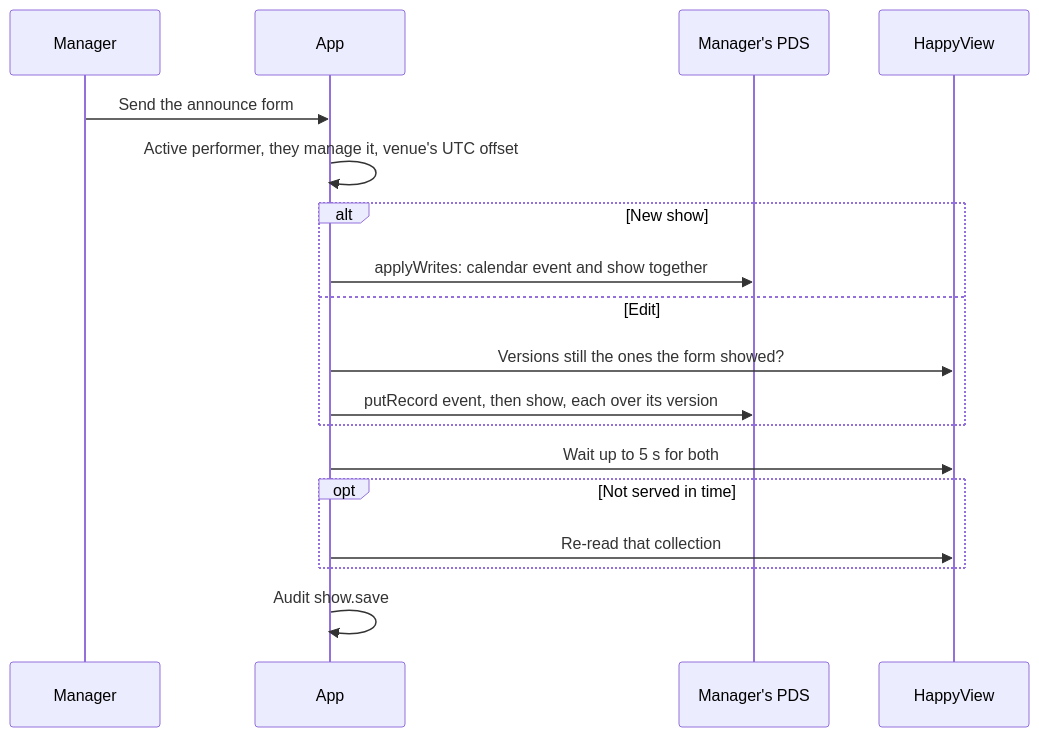
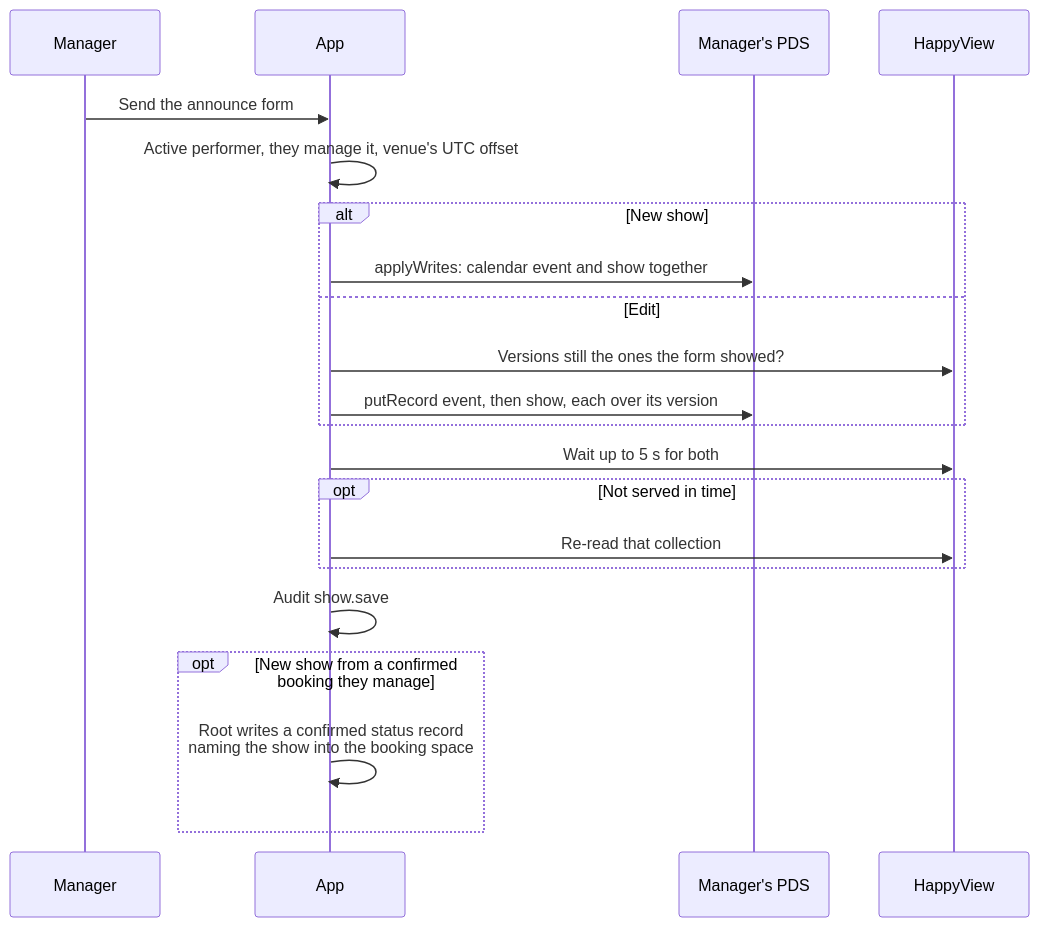
Before and after one commit to cutenode/localnetwork: the first of 6 diagrams in apps/web/docs/diagrams/shows-and-inbox.md, drawn with Mermaid. The commit also changed other lines of this file and 22 other files, not shown here.

First line of the commit message:
feat(web): link a booking to its planner show and its announced show

````diff
--- a/apps/web/docs/diagrams/shows-and-inbox.md
+++ b/apps/web/docs/diagrams/shows-and-inbox.md
@@ -16,20 +16,23 @@
 ```mermaid
 sequenceDiagram
   participant M as Manager
   participant A as App
   participant P as Manager's PDS
   participant H as HappyView
   M->>A: Send the announce form
   A->>A: Active performer, they manage it, venue's UTC offset
   alt New show
     A->>P: applyWrites: calendar event and show together
   else Edit
     A->>H: Versions still the ones the form showed?
     A->>P: putRecord event, then show, each over its version
   end
   A->>H: Wait up to 5 s for both
   opt Not served in time
     A->>H: Re-read that collection
   end
   A->>A: Audit show.save
+  opt New show from a confirmed booking they manage
+    A->>A: Root writes a confirmed status record<br/>naming the show into the booking space
+  end
 ```
````
